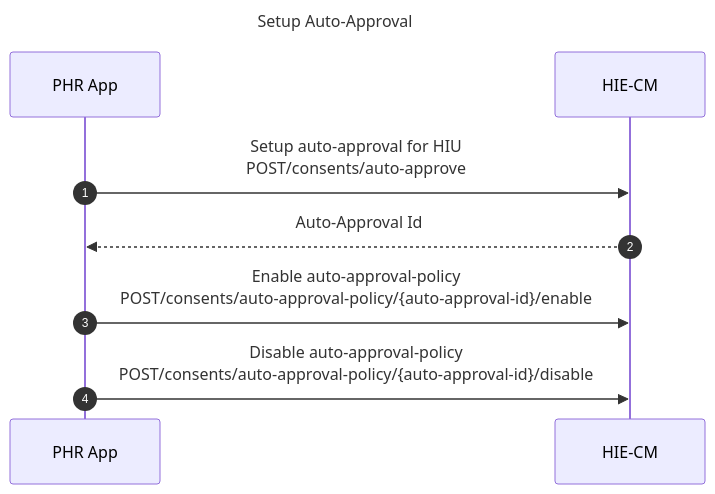
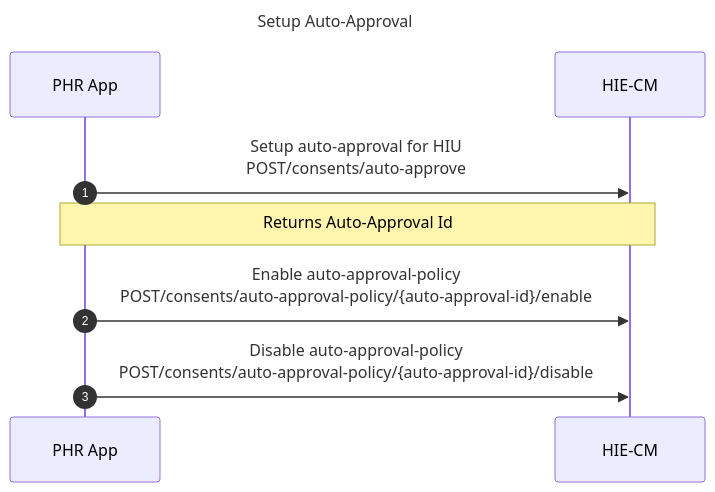
The diagram in content/5-building-a-phr-app/setup-auto-approval.md (kiranma72/abdm-docs), drawn with Mermaid before and after one commit. The commit also changed 5 other files, not shown here.

```diff
--- a/content/5-building-a-phr-app/setup-auto-approval.md
+++ b/content/5-building-a-phr-app/setup-auto-approval.md
@@ -22,9 +22,9 @@
 {{< mermaid >}}
 %%{init:{"fontSize": "1.0rem", "sequence":{"showSequenceNumbers":true}}}%%
 sequenceDiagram
 title Setup Auto-Approval
 PHR App->>HIE-CM: Setup auto-approval for HIU<br/>POST/consents/auto-approve
-HIE-CM-->>PHR App:Auto-Approval Id
+note over HIE-CM,PHR App:Returns Auto-Approval Id
 PHR App->>HIE-CM: Enable auto-approval-policy<br/>POST/consents/auto-approval-policy/{auto-approval-id}/enable
 PHR App->>HIE-CM: Disable auto-approval-policy<br/>POST/consents/auto-approval-policy/{auto-approval-id}/disable 
 {{< /mermaid >}}
```
